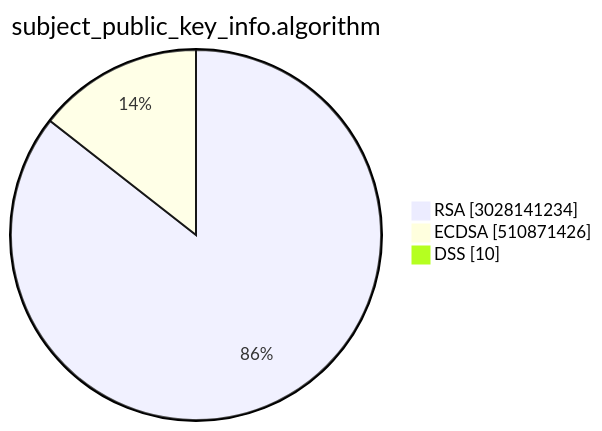
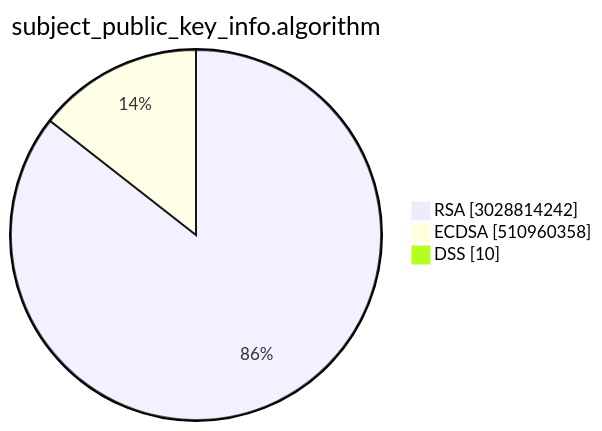
The second of 15 diagrams in TOTAL/README.md (christiankrug/ctmonitor_visualization), drawn with Mermaid before and after one commit. The commit also changed other lines of this file, not shown here.

````diff
--- a/TOTAL/README.md
+++ b/TOTAL/README.md
@@ -6,7 +6,7 @@
 ```mermaid
 pie showData
 title subject_public_key_info.algorithm
-"RSA" :3028141234
-"ECDSA" :510871426
+"RSA" :3028814242
+"ECDSA" :510960358
 "DSS" :10
 ```
````
